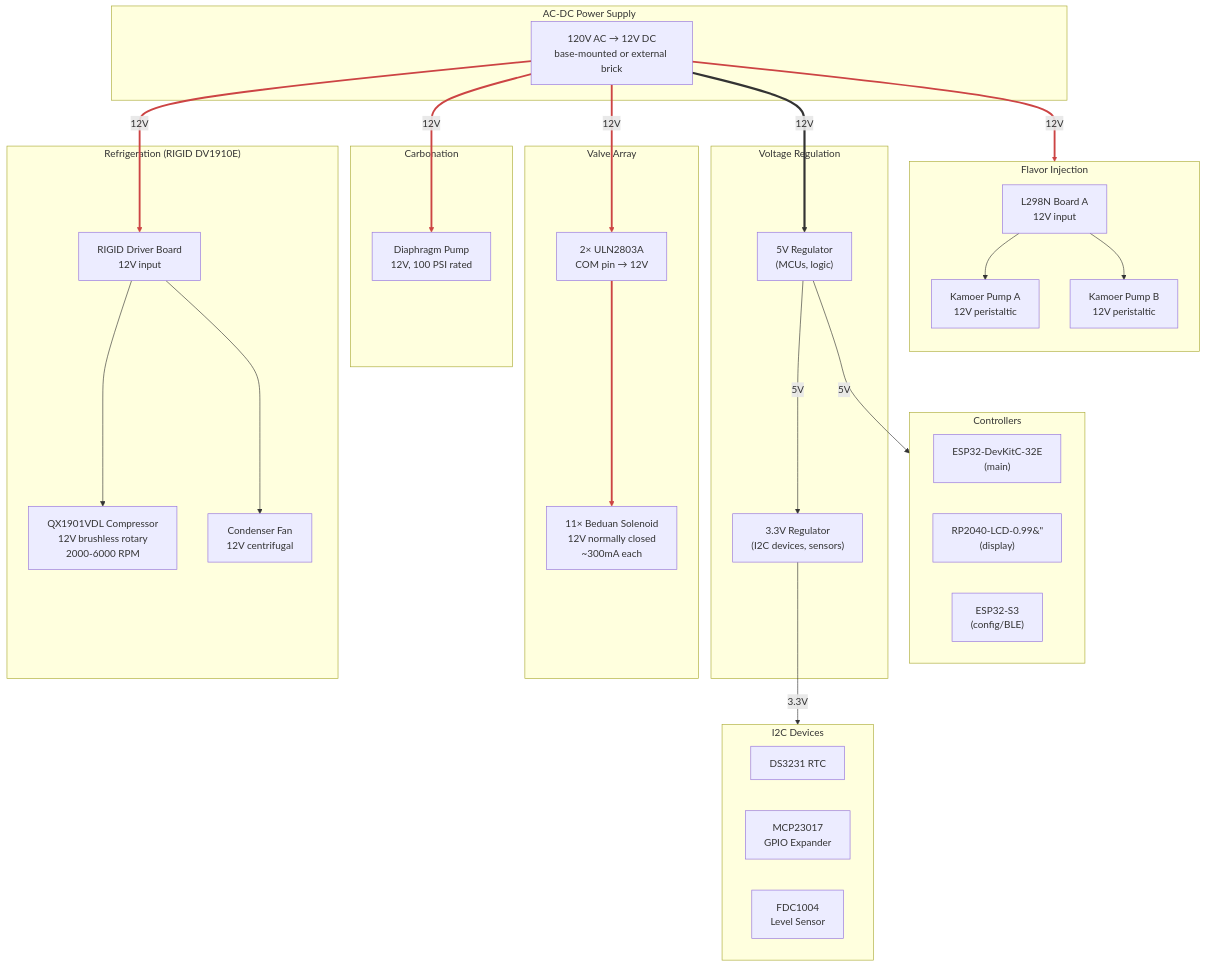
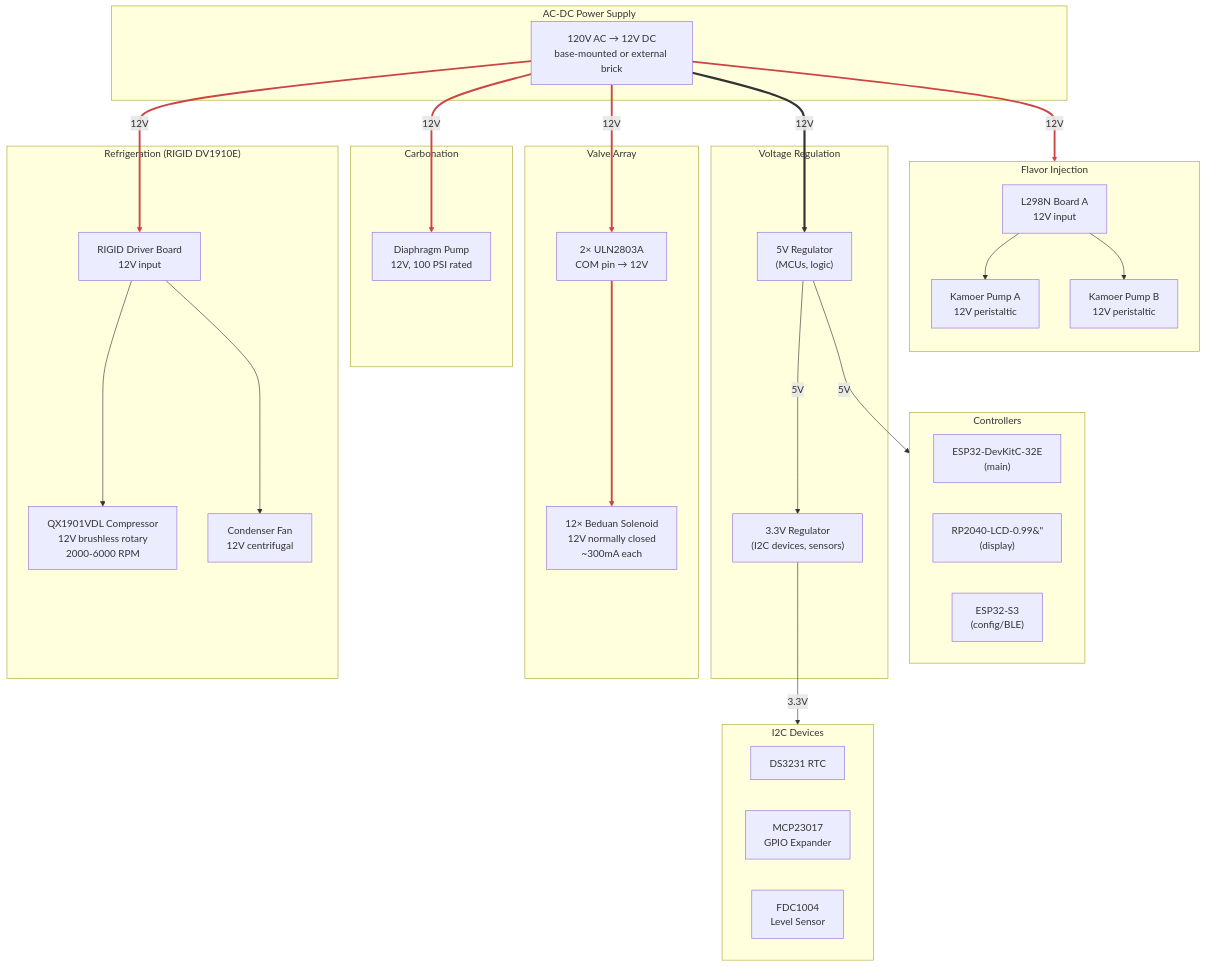
Before and after one commit to derekbreden/soda-flavor-injector: the diagram in hardware/wiring/future-power.mmd, drawn with Mermaid. The commit also changed 2 other files, not shown here.

Commit message:
Sync future wiring diagrams to 12-valve manifold; reserve GPIO 14 for compressor SSR
- future-power.mmd: 11 -> 12 solenoid valves
- future-esp32-pinout.mmd: 11 -> 12 valves; add Refrigeration subgraph
  with GPIO 14 driving SSR-25DA -> harvested AC hermetic compressor
- ice-maker-teardown.md: cite GPIO 14 reservation and cross-link the
  pinout diagram from the Powering and control section

```diff
--- a/hardware/wiring/future-power.mmd
+++ b/hardware/wiring/future-power.mmd
@@ -1,68 +1,68 @@
 flowchart TD
 
   %% ═══════════════════════════════════════
   %%  Future Power Distribution — All 12V DC
   %% ═══════════════════════════════════════
 
   subgraph Supply["AC-DC Power Supply"]
     PSU["120V AC → 12V DC\nbase-mounted or external brick"]
   end
 
   subgraph Regulation["Voltage Regulation"]
     REG_5V["5V Regulator\n(MCUs, logic)"]
     REG_3V3["3.3V Regulator\n(I2C devices, sensors)"]
   end
 
   subgraph Refrigeration["Refrigeration  (RIGID DV1910E)"]
     COMP["QX1901VDL Compressor\n12V brushless rotary\n2000-6000 RPM"]
     COMP_DRV["RIGID Driver Board\n12V input"]
     FAN["Condenser Fan\n12V centrifugal"]
     COMP_DRV --> COMP
     COMP_DRV --> FAN
   end
 
   subgraph Carbonation["Carbonation"]
     DIA_PUMP["Diaphragm Pump\n12V, 100 PSI rated"]
   end
 
   subgraph Flavor["Flavor Injection"]
     direction TB
     L298["L298N Board A\n12V input"]
     PUMP_A["Kamoer Pump A\n12V peristaltic"]
     PUMP_B["Kamoer Pump B\n12V peristaltic"]
     L298 --> PUMP_A
     L298 --> PUMP_B
   end
 
   subgraph Valve_Power["Valve Array"]
     ULN["2× ULN2803A\nCOM pin → 12V"]
-    VALVES["11× Beduan Solenoid\n12V normally closed\n~300mA each"]
+    VALVES["12× Beduan Solenoid\n12V normally closed\n~300mA each"]
     ULN --> VALVES
   end
 
   subgraph MCUs["Controllers"]
     ESP32["ESP32-DevKitC-32E\n(main)"]
     RP2040["RP2040-LCD-0.99&#34;\n(display)"]
     S3["ESP32-S3\n(config/BLE)"]
   end
 
   subgraph I2C_Devices["I2C Devices"]
     RTC["DS3231 RTC"]
     MCP["MCP23017\nGPIO Expander"]
     FDC["FDC1004\nLevel Sensor"]
   end
 
   %% ── 12V distribution ──
   PSU ==>|"12V"| COMP_DRV
   PSU ==>|"12V"| DIA_PUMP
   PSU ==>|"12V"| L298
   PSU ==>|"12V"| ULN
   PSU ==>|"12V"| REG_5V
 
   %% ── Regulated power ──
   REG_5V -->|"5V"| REG_3V3
   REG_5V -->|"5V"| MCUs
   REG_3V3 -->|"3.3V"| I2C_Devices
 
   %% 12V power paths thick red
   linkStyle 4,5,6,7,8 stroke:#c44,stroke-width:3px
```
